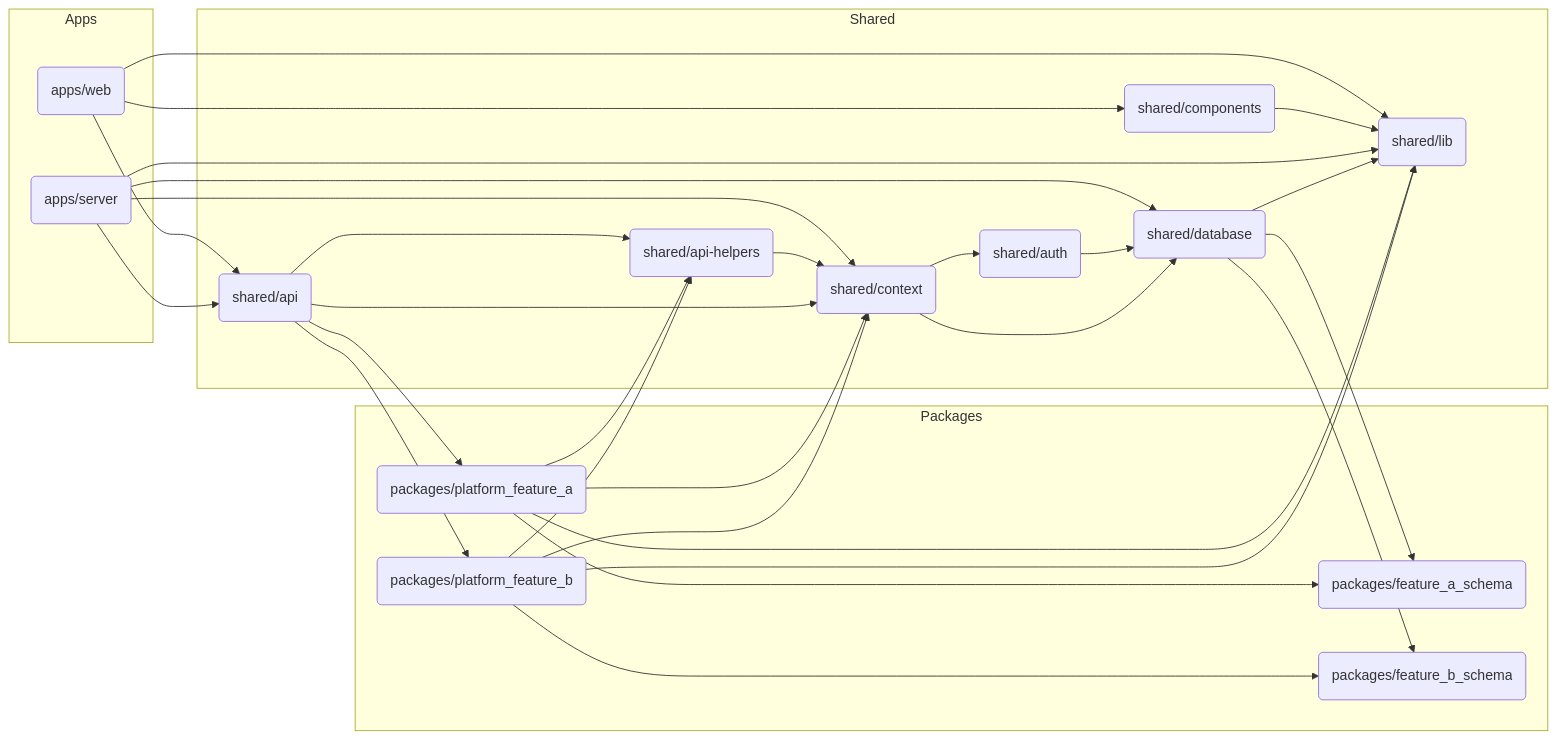
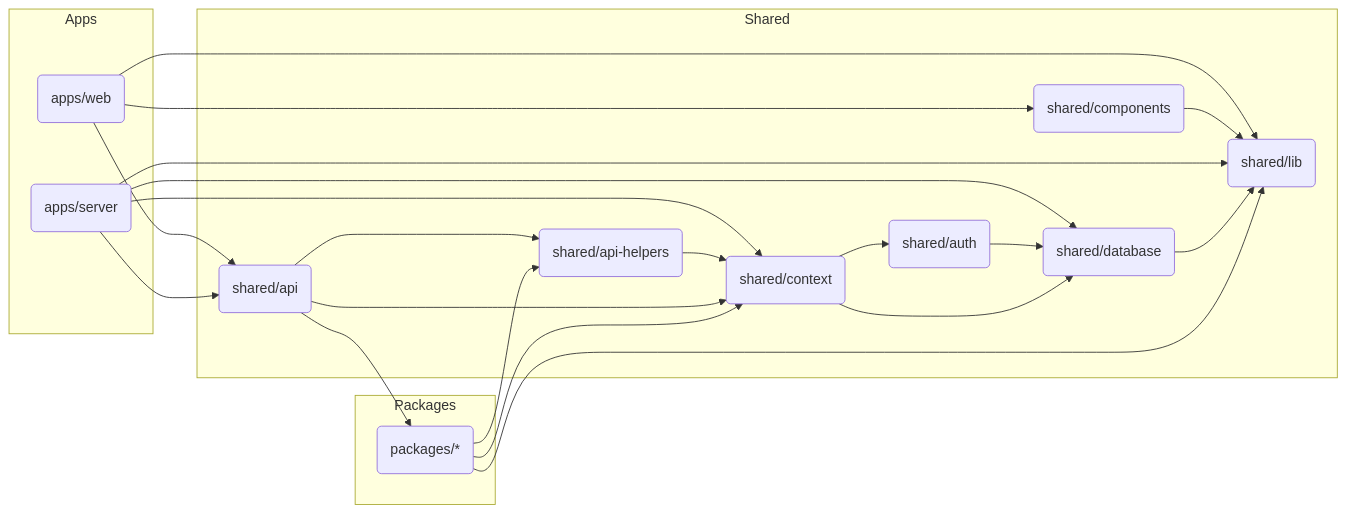
Before and after one commit to CesarArdilaB/mahaus: the diagram in README.md, drawn with Mermaid. The commit also changed other lines of this file, not shown here.

````diff
--- a/README.md
+++ b/README.md
@@ -32,61 +135,49 @@
 ```mermaid
 graph LR
     subgraph Apps
         web(apps/web)
         server(apps/server)
     end
 
     subgraph Shared
         lib(shared/lib)
         components(shared/components)
         api(shared/api)
         api_helpers(shared/api-helpers)
         context(shared/context)
         database(shared/database)
         auth(shared/auth)
     end
 
     subgraph Packages
-        feature_a(packages/platform_feature_a)
-        feature_b(packages/platform_feature_b)
-        feature_a_schema(packages/feature_a_schema)
-        feature_b_schema(packages/feature_b_schema)
+        features(packages/*)
     end
 
     web --> lib
     web --> components
     web --> api
 
     components --> lib
 
     server --> lib
     server --> api
     server --> context
     server --> database
 
     api_helpers --> context
 
     api --> api_helpers
     api --> context
-    api --> feature_a
-    api --> feature_b
+    api --> features
 
     auth --> database
 
     context --> database
     context --> auth
 
     database --> lib
-    database --> feature_a_schema
-    database --> feature_b_schema
 
-    feature_a --> context
-    feature_a --> feature_a_schema
-    feature_a --> api_helpers
-    feature_a --> lib
-
-    feature_b --> context
-    feature_b --> feature_b_schema
-    feature_b --> api_helpers
-    feature_b --> lib
+    features --> context
+    features --> api_helpers
+    features --> lib
 ```
````
